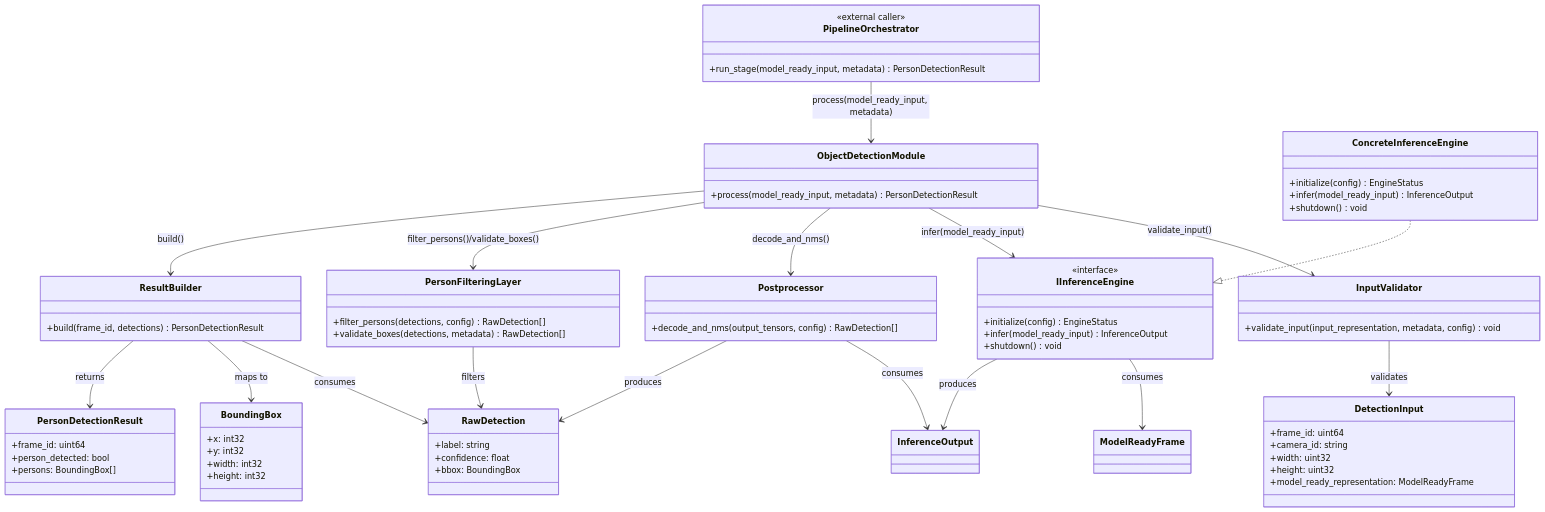
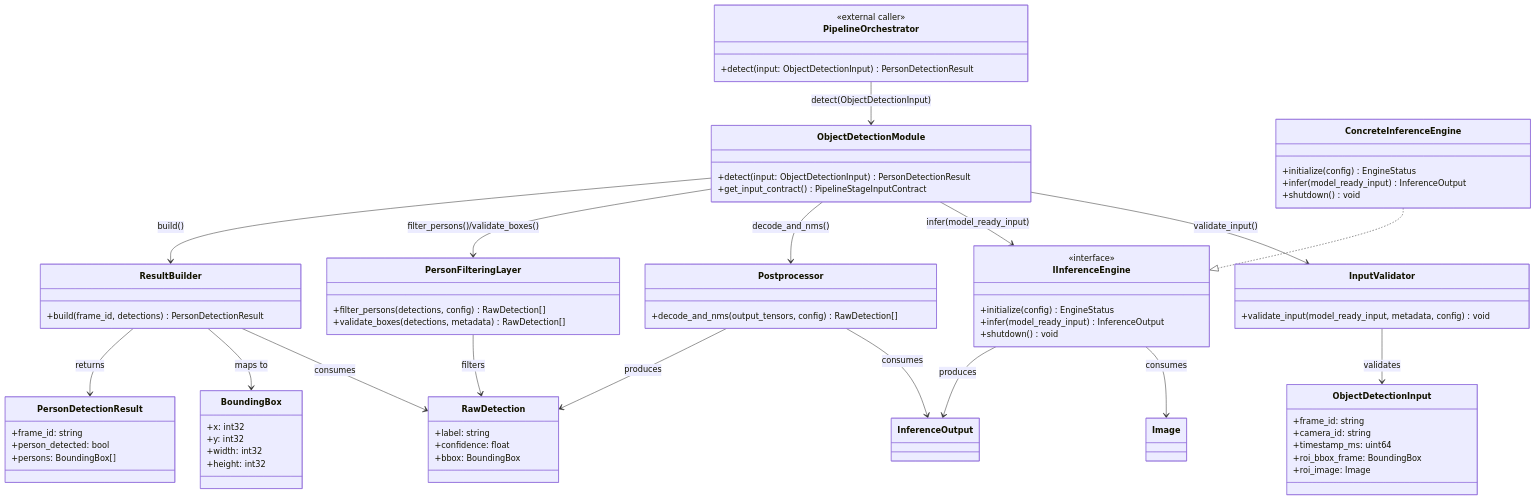
The second of 4 diagrams in doc/image_processing_service/object_detection.md (talifruman/camera-recognition), drawn with Mermaid before and after one commit. The commit also changed other lines of this file and 60 other files, not shown here.

```diff
--- a/doc/image_processing_service/object_detection.md
+++ b/doc/image_processing_service/object_detection.md
@@ -215,15 +259,16 @@
 classDiagram
     class PipelineOrchestrator {
         <<external caller>>
-        +run_stage(model_ready_input, metadata) PersonDetectionResult
+        +detect(input: ObjectDetectionInput) PersonDetectionResult
     }
 
     class ObjectDetectionModule {
-        +process(model_ready_input, metadata) PersonDetectionResult
+        +detect(input: ObjectDetectionInput) PersonDetectionResult
+        +get_input_contract() PipelineStageInputContract
     }
 
     class InputValidator {
-        +validate_input(input_representation, metadata, config) void
+        +validate_input(model_ready_input, metadata, config) void
     }
 
     class IInferenceEngine {
@@ -252,15 +297,14 @@
         +build(frame_id, detections) PersonDetectionResult
     }
 
-    class DetectionInput {
-        +frame_id: uint64
+    class ObjectDetectionInput {
+        +frame_id: string
         +camera_id: string
-        +width: uint32
-        +height: uint32
-        +model_ready_representation: ModelReadyFrame
+        +timestamp_ms: uint64
+        +roi_bbox_frame: BoundingBox
+        +roi_image: Image
     }
 
-    class ModelReadyFrame
     class InferenceOutput
 
     class RawDetection {
@@ -277,12 +321,12 @@
     }
 
     class PersonDetectionResult {
-        +frame_id: uint64
+        +frame_id: string
         +person_detected: bool
         +persons: BoundingBox[]
     }
 
-    PipelineOrchestrator --> ObjectDetectionModule : process(model_ready_input, metadata)
+    PipelineOrchestrator --> ObjectDetectionModule : detect(ObjectDetectionInput)
     ObjectDetectionModule --> InputValidator : validate_input()
     ObjectDetectionModule --> IInferenceEngine : infer(model_ready_input)
     ConcreteInferenceEngine ..|> IInferenceEngine
@@ -290,8 +334,8 @@
     ObjectDetectionModule --> PersonFilteringLayer : filter_persons()/validate_boxes()
     ObjectDetectionModule --> ResultBuilder : build()
 
-    InputValidator --> DetectionInput : validates
-    IInferenceEngine --> ModelReadyFrame : consumes
+    InputValidator --> ObjectDetectionInput : validates
+    IInferenceEngine --> Image : consumes
     IInferenceEngine --> InferenceOutput : produces
     Postprocessor --> InferenceOutput : consumes
     Postprocessor --> RawDetection : produces
```
